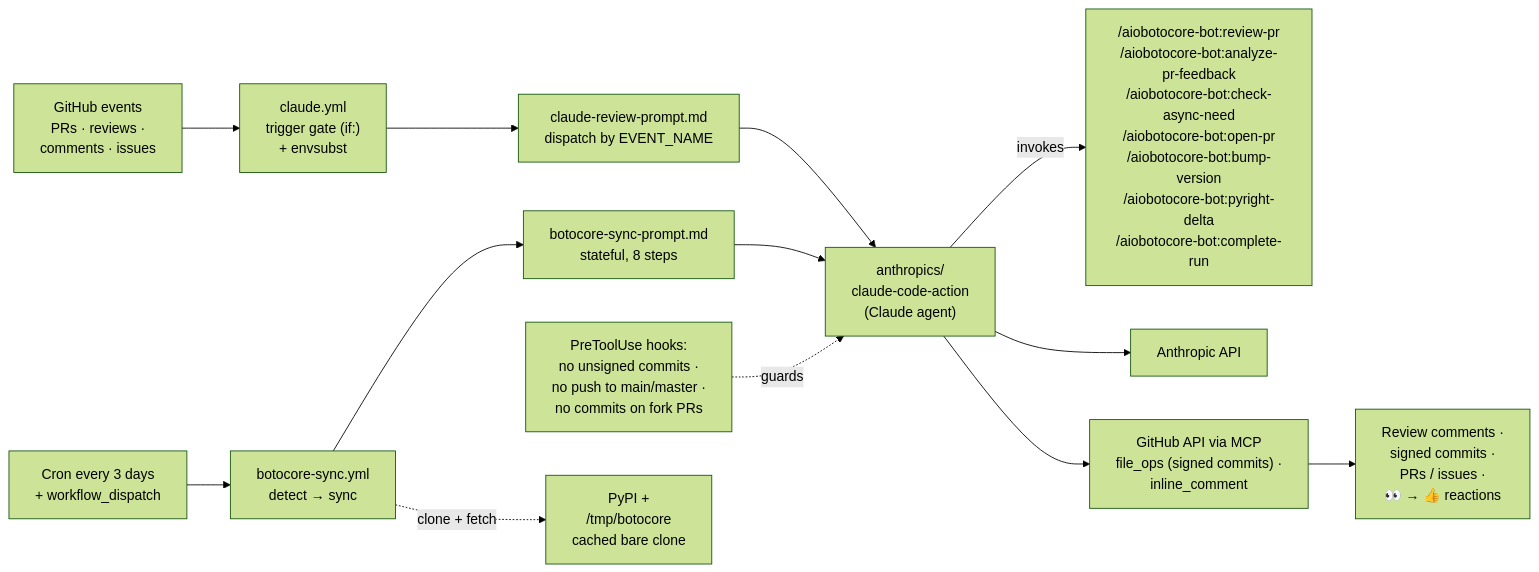
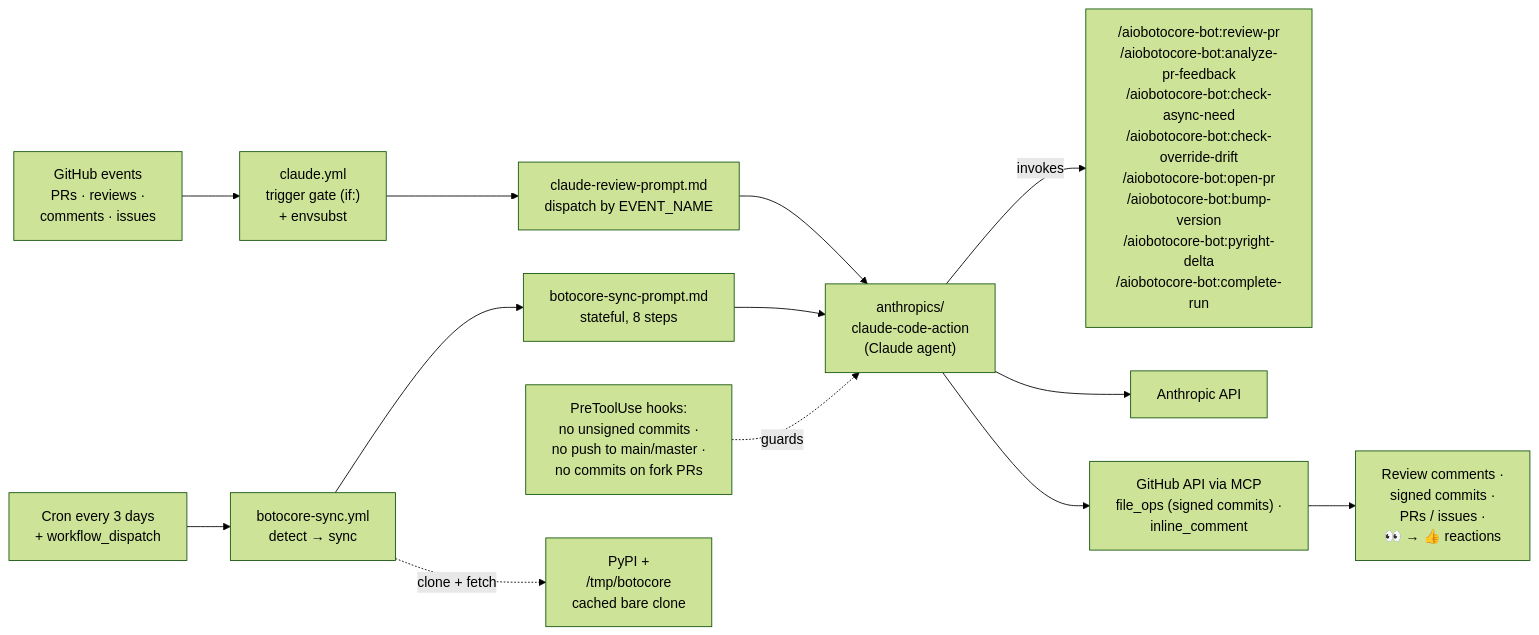
One commit to aio-libs/aiobotocore changed the first of 2 diagrams in docs/ai-workflows.md. Above: the diagram before and after it, drawn with Mermaid (forest theme). The commit also changed other lines of this file and 4 other files, not shown here.

````diff
--- a/docs/ai-workflows.md
+++ b/docs/ai-workflows.md
@@ -45,23 +45,23 @@
 ```mermaid
 flowchart LR
     events["GitHub events<br/>PRs · reviews ·<br/>comments · issues"]
     cron["Cron every 3 days<br/>+ workflow_dispatch"]
 
     events --> claude["claude.yml<br/>trigger gate (if:)<br/>+ envsubst"]
     cron --> sync["botocore-sync.yml<br/>detect → sync"]
 
     claude --> reviewPrompt["claude-review-prompt.md<br/>dispatch by EVENT_NAME"]
     sync --> syncPrompt["botocore-sync-prompt.md<br/>stateful, 8 steps"]
 
     reviewPrompt --> action["anthropics/<br/>claude-code-action<br/>(Claude agent)"]
     syncPrompt --> action
 
-    action -->|invokes| commands["/aiobotocore-bot:review-pr<br/>/aiobotocore-bot:analyze-pr-feedback<br/>/aiobotocore-bot:check-async-need<br/>/aiobotocore-bot:open-pr<br/>/aiobotocore-bot:bump-version<br/>/aiobotocore-bot:pyright-delta<br/>/aiobotocore-bot:complete-run"]
+    action -->|invokes| commands["/aiobotocore-bot:review-pr<br/>/aiobotocore-bot:analyze-pr-feedback<br/>/aiobotocore-bot:check-async-need<br/>/aiobotocore-bot:check-override-drift<br/>/aiobotocore-bot:open-pr<br/>/aiobotocore-bot:bump-version<br/>/aiobotocore-bot:pyright-delta<br/>/aiobotocore-bot:complete-run"]
     hooks["PreToolUse hooks:<br/>no unsigned commits ·<br/>no push to main/master ·<br/>no commits on fork PRs"] -.guards.-> action
 
     action --> anthropic["Anthropic API"]
     action --> ghMCP["GitHub API via MCP<br/>file_ops (signed commits) ·<br/>inline_comment"]
     sync -.clone + fetch.-> botoMirror["PyPI +<br/>/tmp/botocore<br/>cached bare clone"]
 
     ghMCP --> outputs["Review comments ·<br/>signed commits ·<br/>PRs / issues ·<br/>👀 → 👍 reactions"]
 ```
````
